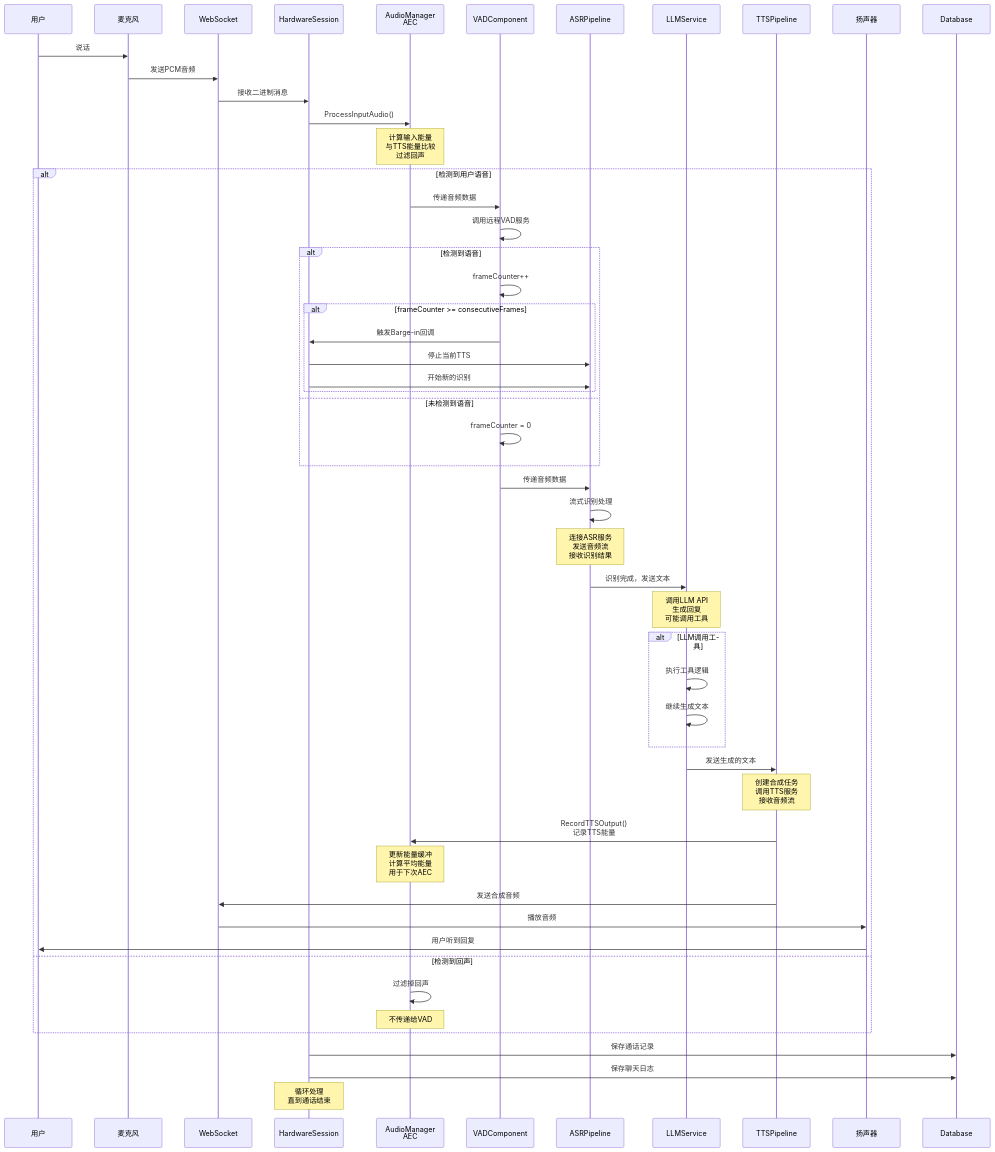
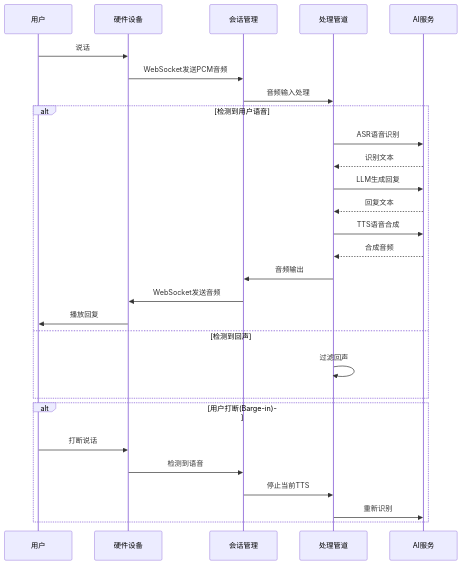
The first of 9 diagrams in docs/HARDWARE_CALL_SEQUENCE.md (LingByte/SoulNexus), drawn with Mermaid before and after one commit. The commit also changed 409 other files, not shown here.

````diff
--- a/docs/HARDWARE_CALL_SEQUENCE.md
+++ b/docs/HARDWARE_CALL_SEQUENCE.md
@@ -5,73 +5,33 @@
 ```mermaid
 sequenceDiagram
     participant User as 用户
-    participant Mic as 麦克风
-    participant WS as WebSocket
-    participant Session as HardwareSession
-    participant AudioMgr as AudioManager<br/>AEC
-    participant VAD as VADComponent
-    participant ASR as ASRPipeline
-    participant LLM as LLMService
-    participant TTS as TTSPipeline
-    participant Speaker as 扬声器
-    participant DB as Database
+    participant Device as 硬件设备
+    participant Session as 会话管理
+    participant Pipeline as 处理管道
+    participant AI as AI服务
 
-    User->>Mic: 说话
-    Mic->>WS: 发送PCM音频
-    WS->>Session: 接收二进制消息
-    
-    Session->>AudioMgr: ProcessInputAudio()
-    Note over AudioMgr: 计算输入能量<br/>与TTS能量比较<br/>过滤回声
-    
+    User->>Device: 说话
+    Device->>Session: WebSocket发送PCM音频
+    Session->>Pipeline: 音频输入处理
+
     alt 检测到用户语音
-        AudioMgr->>VAD: 传递音频数据
-        VAD->>VAD: 调用远程VAD服务
-        
-        alt 检测到语音
-            VAD->>VAD: frameCounter++
-            
-            alt frameCounter >= consecutiveFrames
-                VAD->>Session: 触发Barge-in回调
-                Session->>ASR: 停止当前TTS
-                Session->>ASR: 开始新的识别
-            end
-        else 未检测到语音
-            VAD->>VAD: frameCounter = 0
-        end
-        
-        VAD->>ASR: 传递音频数据
-        ASR->>ASR: 流式识别处理
-        
-        Note over ASR: 连接ASR服务<br/>发送音频流<br/>接收识别结果
-        
-        ASR->>LLM: 识别完成，发送文本
-        
-        Note over LLM: 调用LLM API<br/>生成回复<br/>可能调用工具
-        
-        alt LLM调用工具
-            LLM->>LLM: 执行工具逻辑
-            LLM->>LLM: 继续生成文本
-        end
-        
-        LLM->>TTS: 发送生成的文本
-        
-        Note over TTS: 创建合成任务<br/>调用TTS服务<br/>接收音频流
-        
-        TTS->>AudioMgr: RecordTTSOutput()<br/>记录TTS能量
-        
-        Note over AudioMgr: 更新能量缓冲<br/>计算平均能量<br/>用于下次AEC
-        
-        TTS->>WS: 发送合成音频
-        WS->>Speaker: 播放音频
-        Speaker->>User: 用户听到回复
-        
+        Pipeline->>AI: ASR语音识别
+        AI-->>Pipeline: 识别文本
+        Pipeline->>AI: LLM生成回复
+        AI-->>Pipeline: 回复文本
+        Pipeline->>AI: TTS语音合成
+        AI-->>Pipeline: 合成音频
+        Pipeline->>Session: 音频输出
+        Session->>Device: WebSocket发送音频
+        Device->>User: 播放回复
     else 检测到回声
-        AudioMgr->>AudioMgr: 过滤掉回声
-        Note over AudioMgr: 不传递给VAD
+        Pipeline->>Pipeline: 过滤回声
     end
-    
-    Session->>DB: 保存通话记录
-    Session->>DB: 保存聊天日志
-    
-    Note over Session: 循环处理<br/>直到通话结束
+
+    alt 用户打断(Barge-in)
+        User->>Device: 打断说话
+        Device->>Session: 检测到语音
+        Session->>Pipeline: 停止当前TTS
+        Pipeline->>AI: 重新识别
+    end
 ```
````
